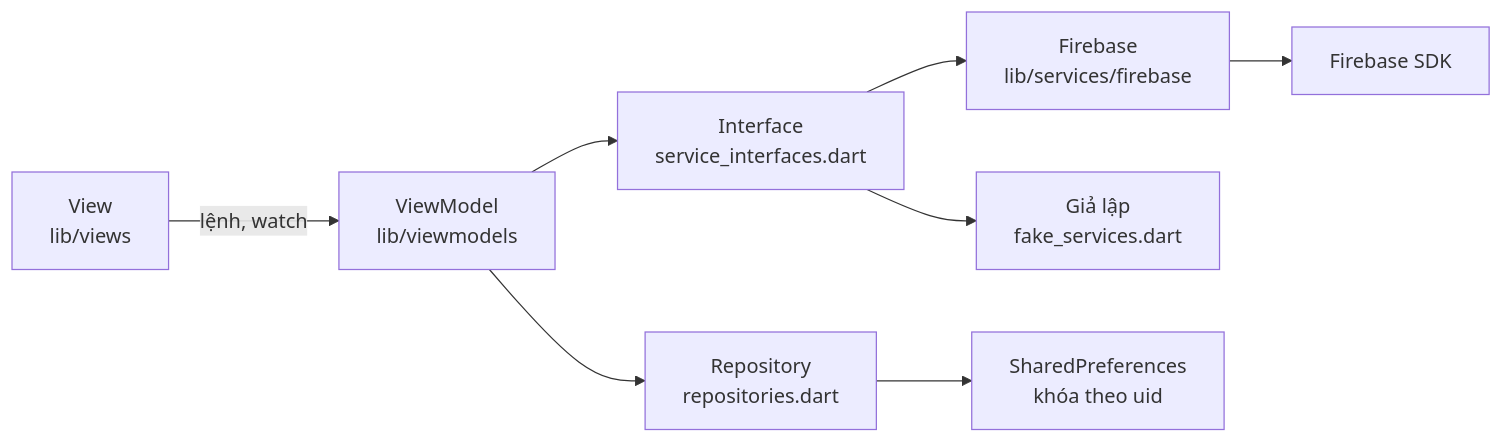
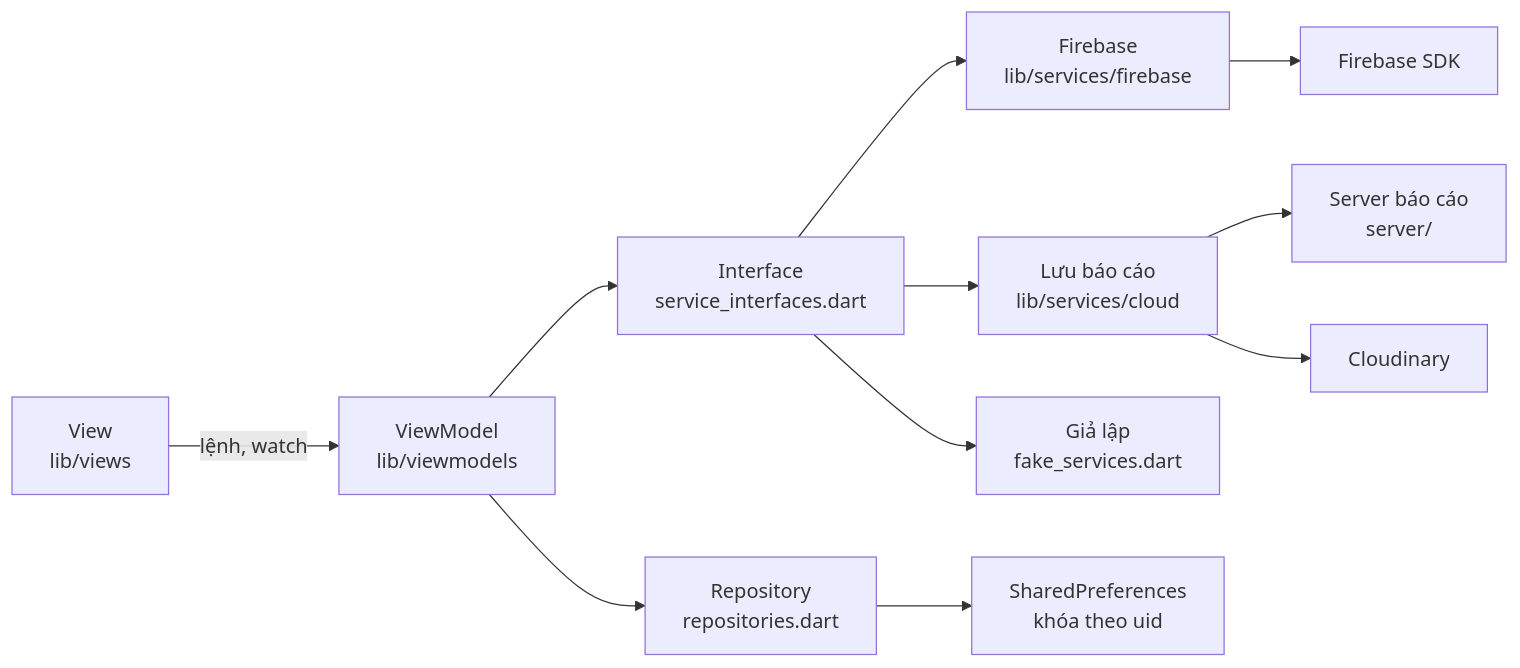
Before and after one commit to Dangchaubaominh/longevity-plate-lab3: the first of 2 diagrams in docs/architecture.md, drawn with Mermaid. The commit also changed other lines of this file and 26 other files, not shown here.

First line of the commit message:
feat(storage): lưu báo cáo PDF trên Cloudinary qua server báo cáo

````diff
--- a/docs/architecture.md
+++ b/docs/architecture.md
@@ -5,10 +5,13 @@
 ```mermaid
 flowchart LR
   V["View<br/>lib/views"] -->|lệnh, watch| VM["ViewModel<br/>lib/viewmodels"]
   VM --> I["Interface<br/>service_interfaces.dart"]
   VM --> R["Repository<br/>repositories.dart"]
   I --> F["Firebase<br/>lib/services/firebase"]
+  I --> C["Lưu báo cáo<br/>lib/services/cloud"]
   I --> FK["Giả lập<br/>fake_services.dart"]
   R --> P["SharedPreferences<br/>khóa theo uid"]
   F --> SDK["Firebase SDK"]
+  C --> W["Server báo cáo<br/>server/"]
+  C --> CL["Cloudinary"]
 ```
````
